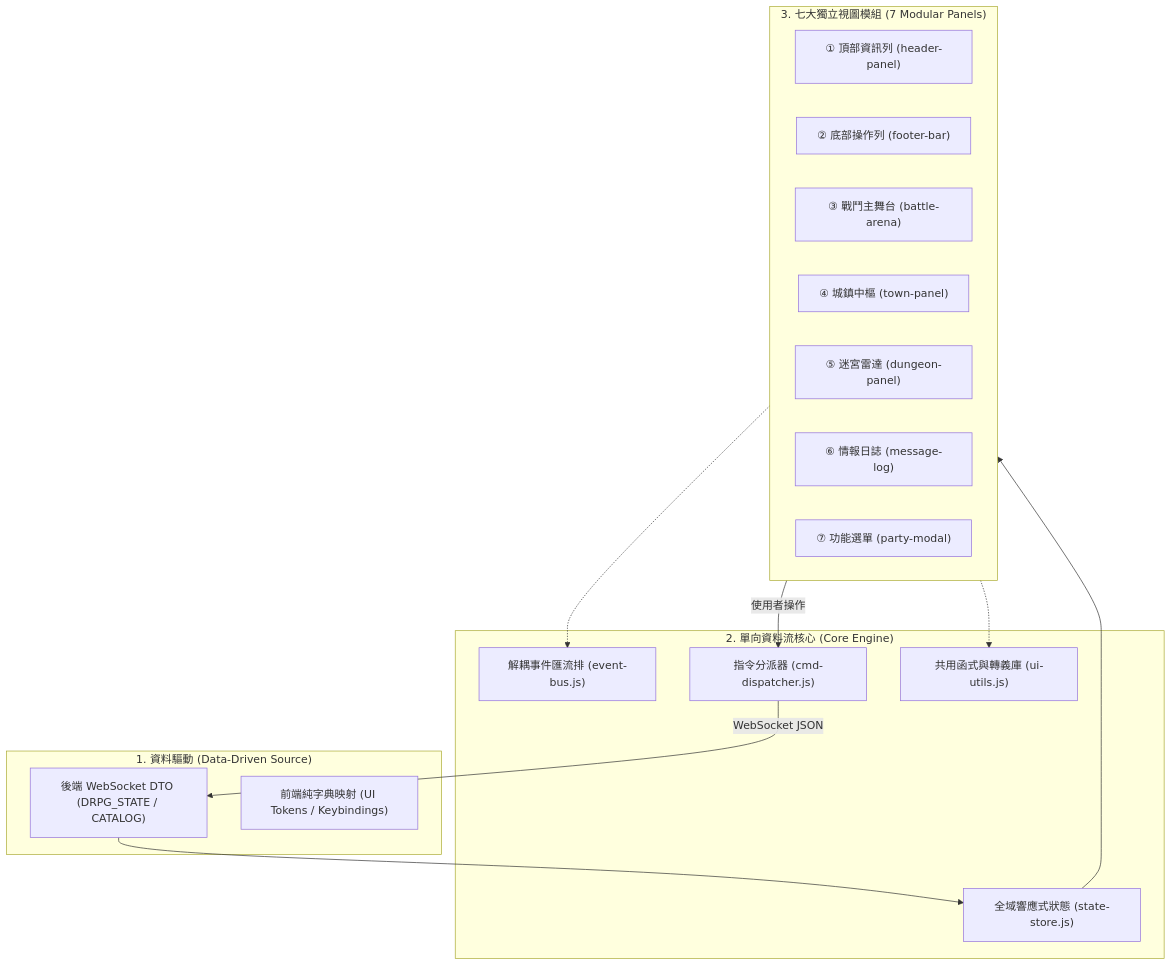
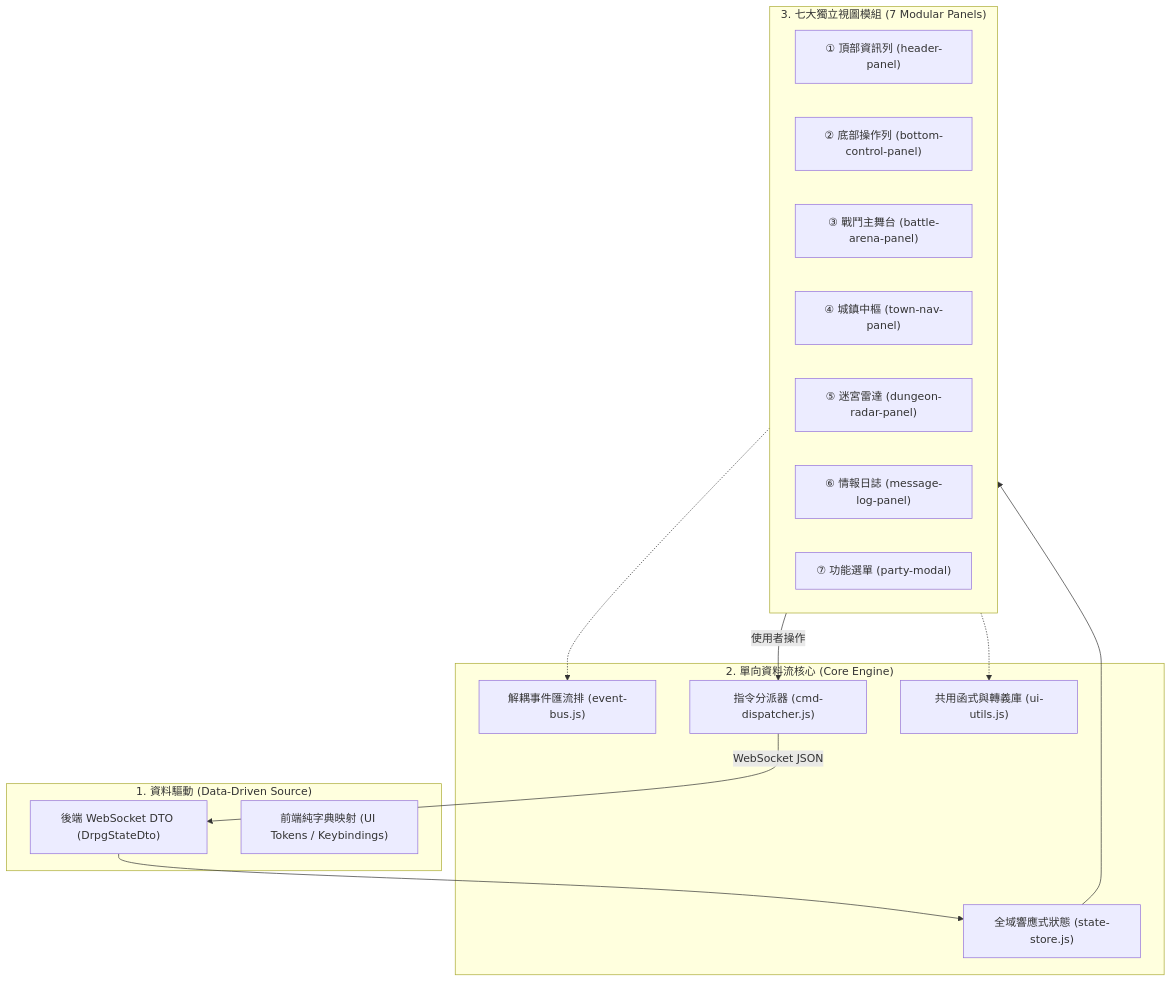
One commit to FTC-johnchien/practice_mud changed the diagram in docs/2_specifications/frontend/UI_PAGE_STRUCTURE.md. Above: the diagram before and after it, drawn with Mermaid. The commit also changed other lines of this file and 74 other files, not shown here.

````diff
--- a/docs/2_specifications/frontend/UI_PAGE_STRUCTURE.md
+++ b/docs/2_specifications/frontend/UI_PAGE_STRUCTURE.md
@@ -24,31 +24,31 @@
 ```mermaid
 flowchart TD
     subgraph DataDrive["1. 資料驅動 (Data-Driven Source)"]
-        BackendDTO["後端 WebSocket DTO (DRPG_STATE / CATALOG)"]
+        BackendDTO["後端 WebSocket DTO (DrpgStateDto)"]
         ClientConfig["前端純字典映射 (UI Tokens / Keybindings)"]
     end
 
     subgraph CoreEngine["2. 單向資料流核心 (Core Engine)"]
         StateStore["全域響應式狀態 (state-store.js)"]
         EventBus["解耦事件匯流排 (event-bus.js)"]
         CmdDispatcher["指令分派器 (cmd-dispatcher.js)"]
         SharedUtils["共用函式與轉義庫 (ui-utils.js)"]
     end
 
     subgraph SevenModules["3. 七大獨立視圖模組 (7 Modular Panels)"]
         M1["① 頂部資訊列 (header-panel)"]
-        M2["② 底部操作列 (footer-bar)"]
-        M3["③ 戰鬥主舞台 (battle-arena)"]
-        M4["④ 城鎮中樞 (town-panel)"]
-        M5["⑤ 迷宮雷達 (dungeon-panel)"]
-        M6["⑥ 情報日誌 (message-log)"]
+        M2["② 底部操作列 (bottom-control-panel)"]
+        M3["③ 戰鬥主舞台 (battle-arena-panel)"]
+        M4["④ 城鎮中樞 (town-nav-panel)"]
+        M5["⑤ 迷宮雷達 (dungeon-radar-panel)"]
+        M6["⑥ 情報日誌 (message-log-panel)"]
         M7["⑦ 功能選單 (party-modal)"]
     end
 
     BackendDTO --> StateStore
     StateStore --> SevenModules
     SevenModules -- "使用者操作" --> CmdDispatcher
     CmdDispatcher -- "WebSocket JSON" --> BackendDTO
     SevenModules -.-> SharedUtils
     SevenModules -.-> EventBus
 ```
````
